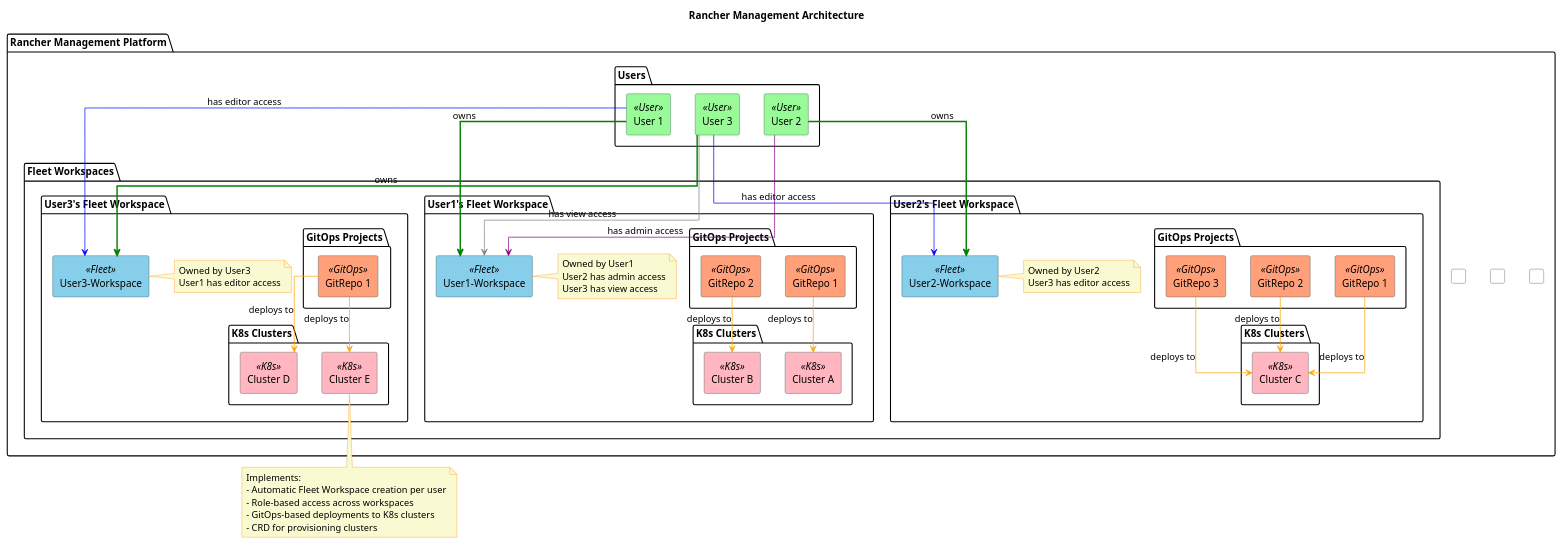
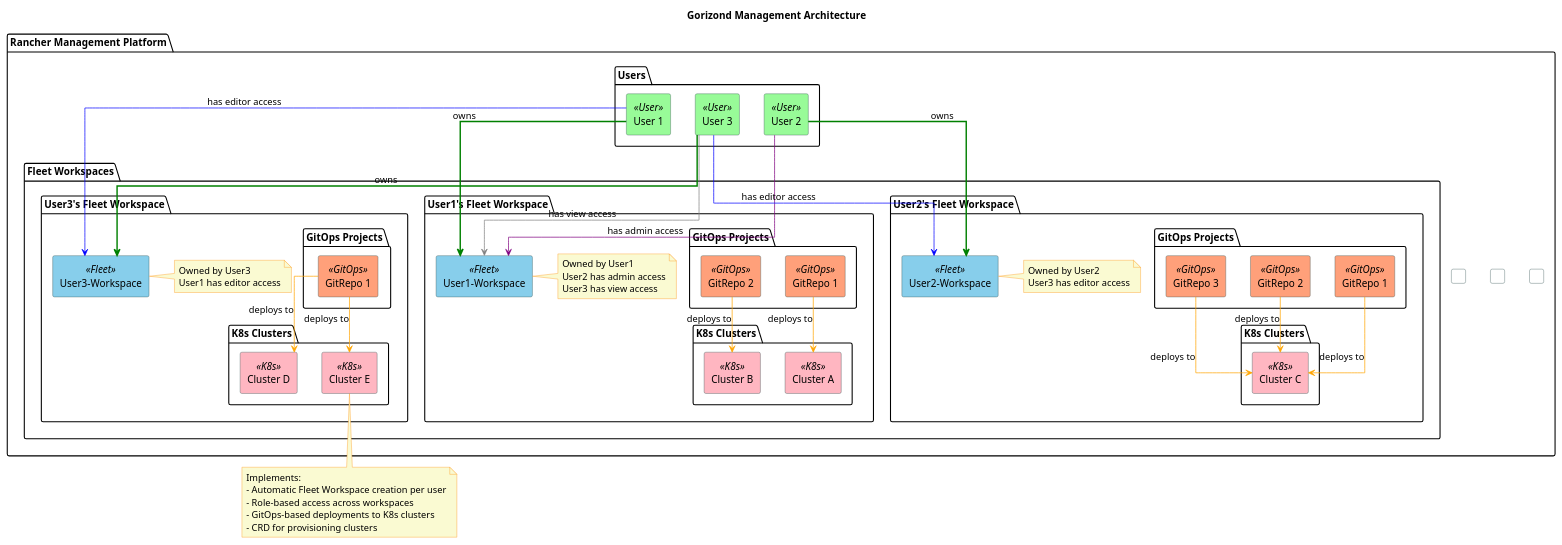
Before and after one commit to gorizond/rancher-mutations: the diagram in diagrams/gorizond.puml, drawn with PlantUML. The commit also changed 1 other file, not shown here.

Commit message:
Update architecture diagram title to Gorizond

```diff
--- a/diagrams/gorizond.puml
+++ b/diagrams/gorizond.puml
@@ -1,115 +1,115 @@
 @startuml Gorizond Management Architecture
 
 skinparam rectangle {
   BackgroundColor<<User>> PaleGreen
   BackgroundColor<<Fleet>> SkyBlue
   BackgroundColor<<GitOps>> LightSalmon
   BackgroundColor<<K8s>> LightPink
 }
 
 skinparam note {
   BackgroundColor LightGoldenRodYellow
   BorderColor DarkOrange
 }
 
 skinparam linetype ortho
 skinparam backgroundColor White
 skinparam rectangleBorderColor DarkSlateGray
 
-title Rancher Management Architecture
+title Gorizond Management Architecture
 
 package "Rancher Management Platform" as RancherMgmt {
   'Users layer
   package "Users" as Users {
     rectangle "User 1" as User1 <<User>>
     rectangle "User 2" as User2 <<User>>
     rectangle "User 3" as User3 <<User>>
   }
   
   ' Adding extra space between users and workspaces
   rectangle " " as Spacer1 #transparent
   rectangle " " as Spacer2 #transparent
   rectangle " " as Spacer3 #transparent
   
   'Fleet workspaces layer  
   package "Fleet Workspaces" as Fleets {
     package "User1's Fleet Workspace" as Fleet1 {
       rectangle "User1-Workspace" as User1Workspace <<Fleet>>
       note right of User1Workspace: Owned by User1\nUser2 has admin access\nUser3 has view access
       
       'GitOps projects in User1's workspace
       package "GitOps Projects" as GitOps1 {
         rectangle "GitRepo 1" as GitRepo1_1 <<GitOps>>
         rectangle "GitRepo 2" as GitRepo1_2 <<GitOps>>
       }
       
       'K8s clusters in User1's workspace
       package "K8s Clusters" as Clusters1 {
         rectangle "Cluster A" as ClusterA1 <<K8s>>
         rectangle "Cluster B" as ClusterB1 <<K8s>>
       }
     }
     
     package "User2's Fleet Workspace" as Fleet2 {
       rectangle "User2-Workspace" as User2Workspace <<Fleet>>
       note right of User2Workspace: Owned by User2\nUser3 has editor access
       
       'GitOps projects in User2's workspace
       package "GitOps Projects" as GitOps2 {
         rectangle "GitRepo 1" as GitRepo2_1 <<GitOps>>
         rectangle "GitRepo 2" as GitRepo2_2 <<GitOps>>
         rectangle "GitRepo 3" as GitRepo2_3 <<GitOps>>
       }
       
       'K8s clusters in User2's workspace
       package "K8s Clusters" as Clusters2 {
         rectangle "Cluster C" as ClusterC2 <<K8s>>
       }
     }
     
     package "User3's Fleet Workspace" as Fleet3 {
       rectangle "User3-Workspace" as User3Workspace <<Fleet>>
       note right of User3Workspace: Owned by User3\nUser1 has editor access
       
       'GitOps projects in User3's workspace
       package "GitOps Projects" as GitOps3 {
         rectangle "GitRepo 1" as GitRepo3_1 <<GitOps>>
       }
       
       'K8s clusters in User3's workspace
       package "K8s Clusters" as Clusters3 {
         rectangle "Cluster D" as ClusterD3 <<K8s>>
         rectangle "Cluster E" as ClusterE3 <<K8s>>
       }
     }
   }
 }
 
 ' Creating vertical space by connecting users to invisible spacers
 User1 -[hidden]-> Spacer1
 User2 -[hidden]-> Spacer2
 User3 -[hidden]-> Spacer3
 
 ' User relationships with their workspaces
 User1 -[#green,bold]-> User1Workspace: owns
 User2 -[#green,bold]-> User2Workspace: owns
 User3 -[#green,bold]-> User3Workspace: owns
 
 ' Cross-user access relationships
 User1 -[#blue]-> User3Workspace: has editor access
 User2 -[#purple]-> User1Workspace: has admin access
 User3 -[#gray]-> User1Workspace: has view access
 User3 -[#blue]-> User2Workspace: has editor access
 
 ' GitOps deployments to clusters
 GitRepo1_1 -[#orange]-> ClusterA1: deploys to
 GitRepo1_2 -[#orange]-> ClusterB1: deploys to
 GitRepo2_1 -[#orange]-> ClusterC2: deploys to
 GitRepo2_2 -[#orange]-> ClusterC2: deploys to
 GitRepo2_3 -[#orange]-> ClusterC2: deploys to
 GitRepo3_1 -[#orange]-> ClusterD3: deploys to
 GitRepo3_1 -[#orange]-> ClusterE3: deploys to
 
 note bottom: Implements:\n- Automatic Fleet Workspace creation per user\n- Role-based access across workspaces\n- GitOps-based deployments to K8s clusters\n- CRD for provisioning clusters
 
 @enduml
```
